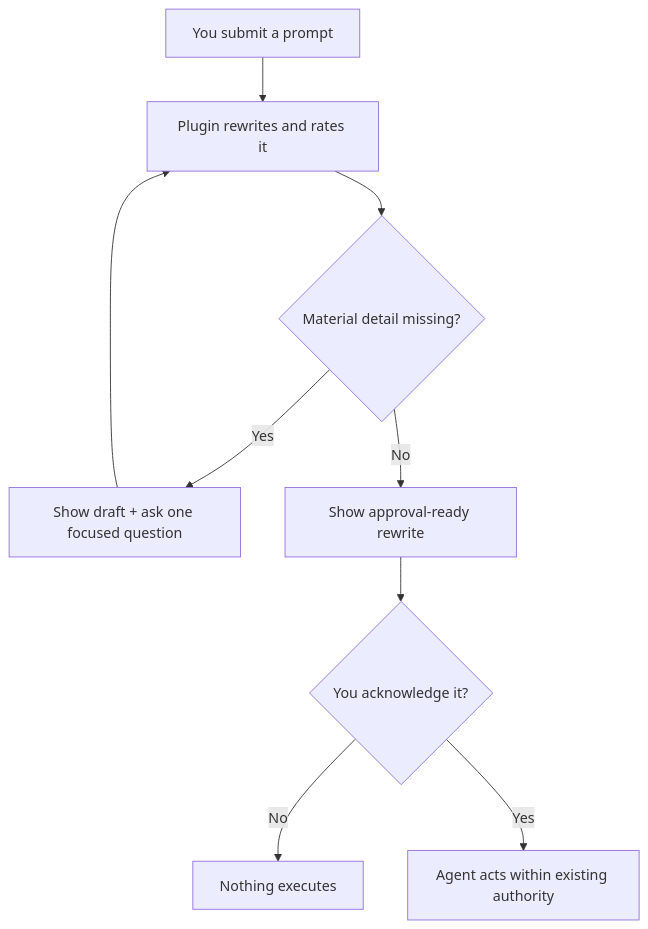
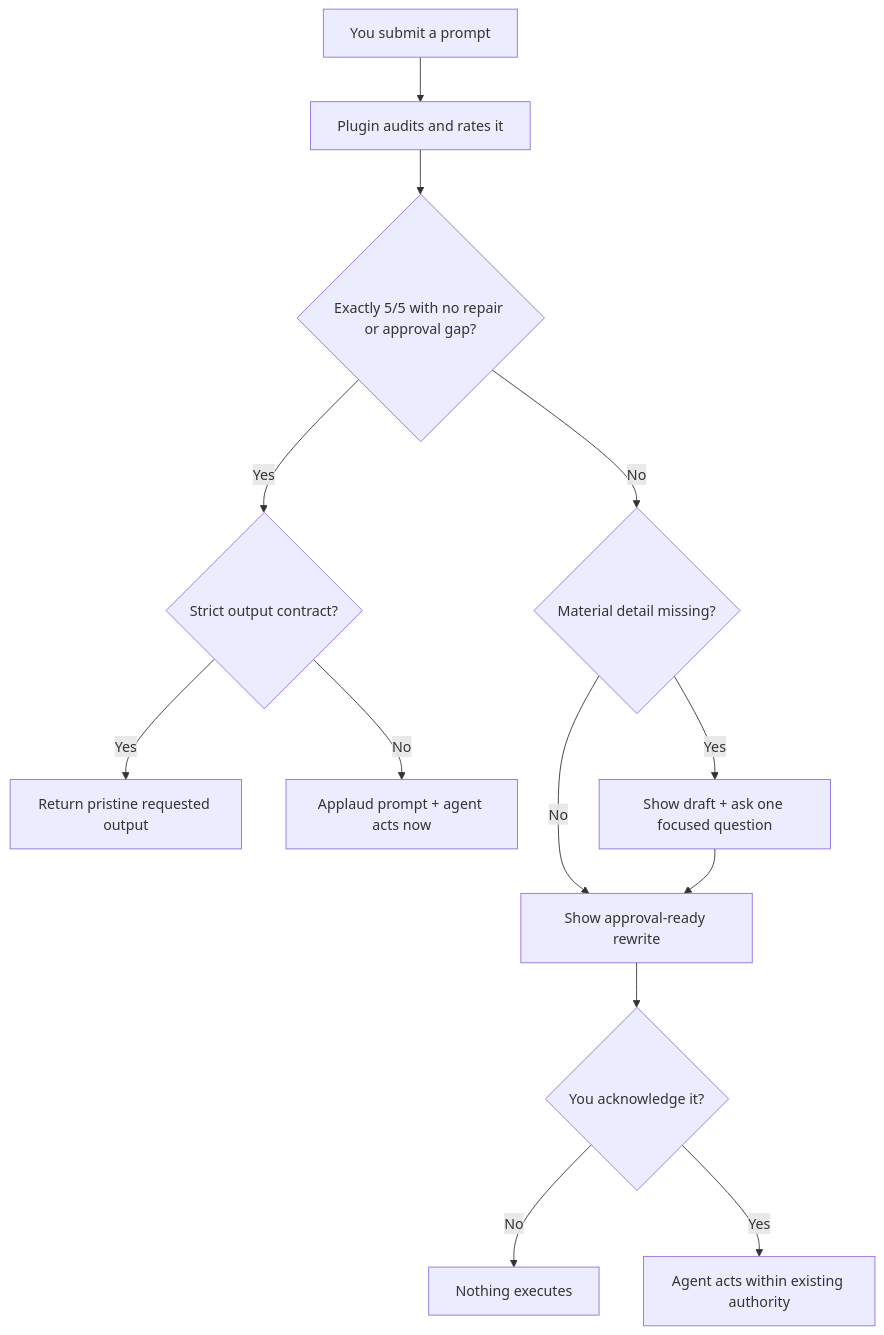
One commit to ScotTFO/you-suck-at-prompting changed the diagram in README.md. Above: the diagram before and after it, drawn with Mermaid. The commit also changed other lines of this file and 14 other files, not shown here.

````diff
--- a/README.md
+++ b/README.md
@@ -76,11 +76,15 @@
 ```mermaid
 flowchart TD
-    A["You submit a prompt"] --> B["Plugin rewrites and rates it"]
-    B --> C{"Material detail missing?"}
-    C -- "Yes" --> D["Show draft + ask one focused question"]
-    D --> B
-    C -- "No" --> E["Show approval-ready rewrite"]
-    E --> F{"You acknowledge it?"}
-    F -- "No" --> G["Nothing executes"]
-    F -- "Yes" --> H["Agent acts within existing authority"]
+    A["You submit a prompt"] --> B["Plugin audits and rates it"]
+    B --> C{"Exactly 5/5 with no repair or approval gap?"}
+    C -- "Yes" --> D{"Strict output contract?"}
+    D -- "Yes" --> E["Return pristine requested output"]
+    D -- "No" --> F["Applaud prompt + agent acts now"]
+    C -- "No" --> G{"Material detail missing?"}
+    G -- "Yes" --> H["Show draft + ask one focused question"]
+    G -- "No" --> I["Show approval-ready rewrite"]
+    H --> I
+    I --> J{"You acknowledge it?"}
+    J -- "No" --> K["Nothing executes"]
+    J -- "Yes" --> L["Agent acts within existing authority"]
 ```
````
